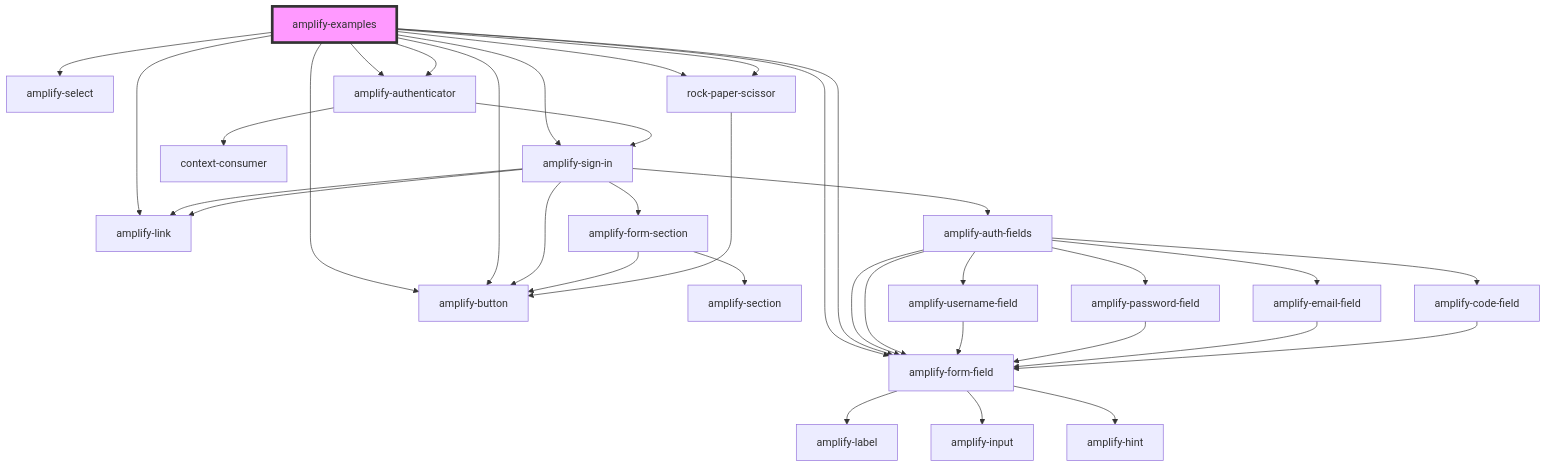
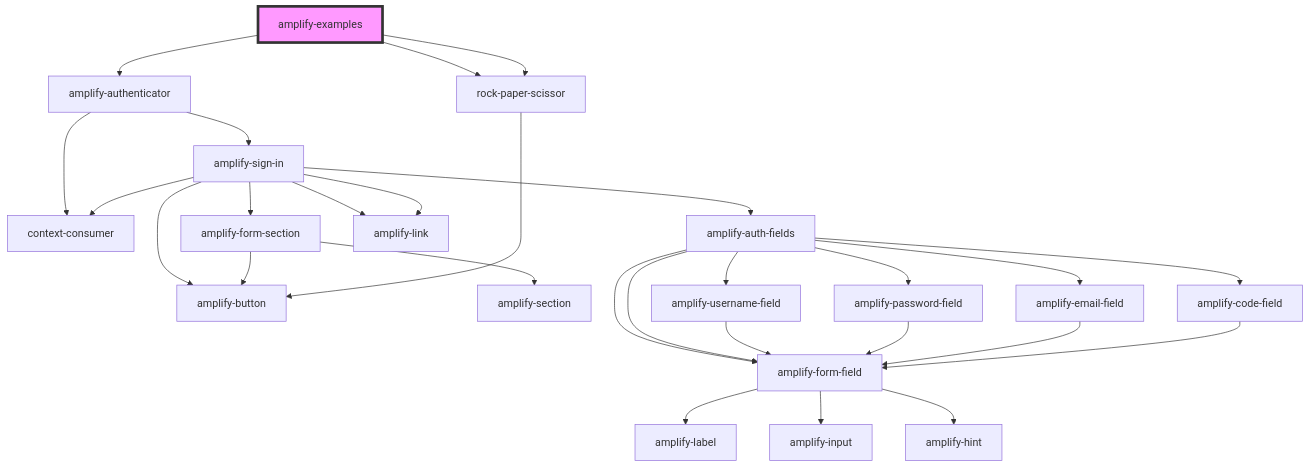
One commit to aws-amplify/amplify-js changed the diagram in packages/amplify-ui-components/src/components/amplify-examples/readme.md. Above: the diagram before and after it, drawn with Mermaid. The commit also changed other lines of this file and 19 other files, not shown here.

````diff
--- a/packages/amplify-ui-components/src/components/amplify-examples/readme.md
+++ b/packages/amplify-ui-components/src/components/amplify-examples/readme.md
@@ -25,38 +17,31 @@
 ```mermaid
 graph TD;
-  amplify-examples --> amplify-sign-in
-  amplify-examples --> amplify-form-field
-  amplify-examples --> amplify-form-field
-  amplify-examples --> amplify-select
-  amplify-examples --> amplify-button
-  amplify-examples --> amplify-link
-  amplify-examples --> amplify-authenticator
-  amplify-examples --> amplify-button
   amplify-examples --> amplify-authenticator
   amplify-examples --> rock-paper-scissor
   amplify-examples --> rock-paper-scissor
+  amplify-authenticator --> amplify-sign-in
+  amplify-authenticator --> context-consumer
   amplify-sign-in --> amplify-form-section
   amplify-sign-in --> amplify-auth-fields
   amplify-sign-in --> amplify-link
   amplify-sign-in --> amplify-link
   amplify-sign-in --> amplify-button
+  amplify-sign-in --> context-consumer
   amplify-form-section --> amplify-section
   amplify-form-section --> amplify-button
   amplify-auth-fields --> amplify-username-field
   amplify-auth-fields --> amplify-password-field
   amplify-auth-fields --> amplify-email-field
   amplify-auth-fields --> amplify-code-field
   amplify-auth-fields --> amplify-form-field
   amplify-auth-fields --> amplify-form-field
   amplify-username-field --> amplify-form-field
   amplify-form-field --> amplify-label
   amplify-form-field --> amplify-input
   amplify-form-field --> amplify-hint
   amplify-password-field --> amplify-form-field
   amplify-email-field --> amplify-form-field
   amplify-code-field --> amplify-form-field
-  amplify-authenticator --> amplify-sign-in
-  amplify-authenticator --> context-consumer
   rock-paper-scissor --> amplify-button
   style amplify-examples fill:#f9f,stroke:#333,stroke-width:4px
 ```
````
